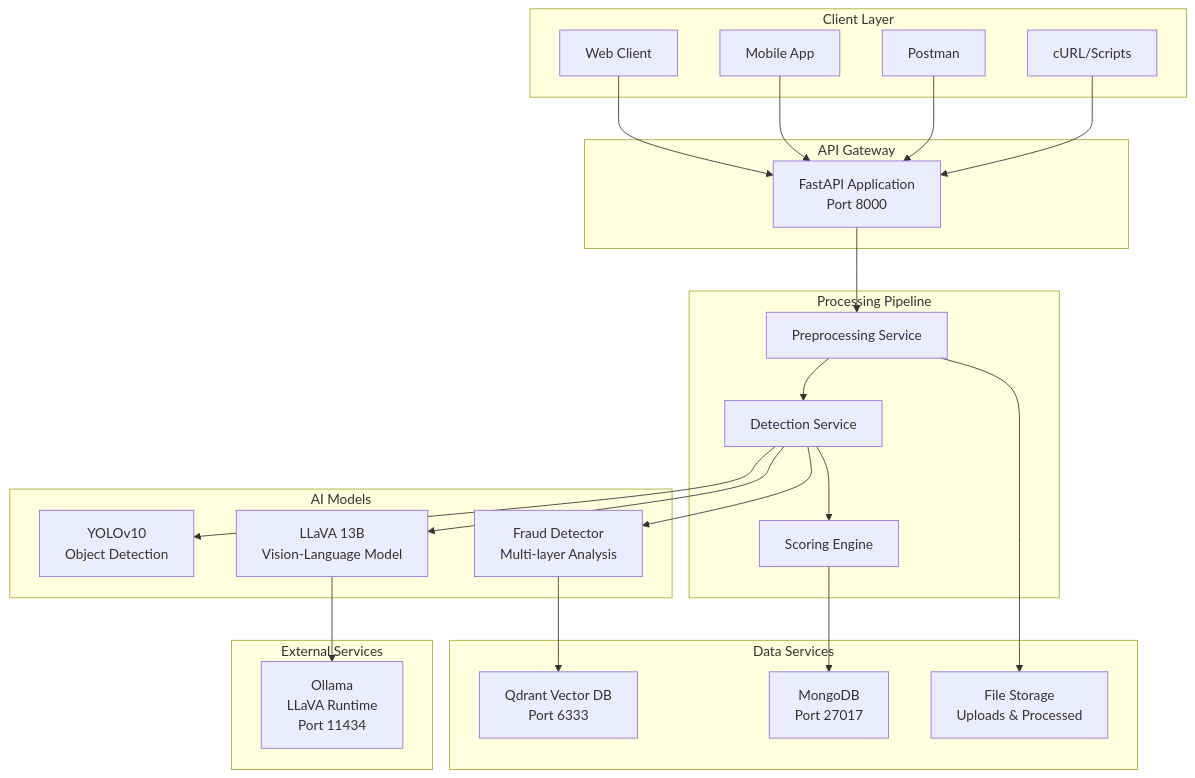
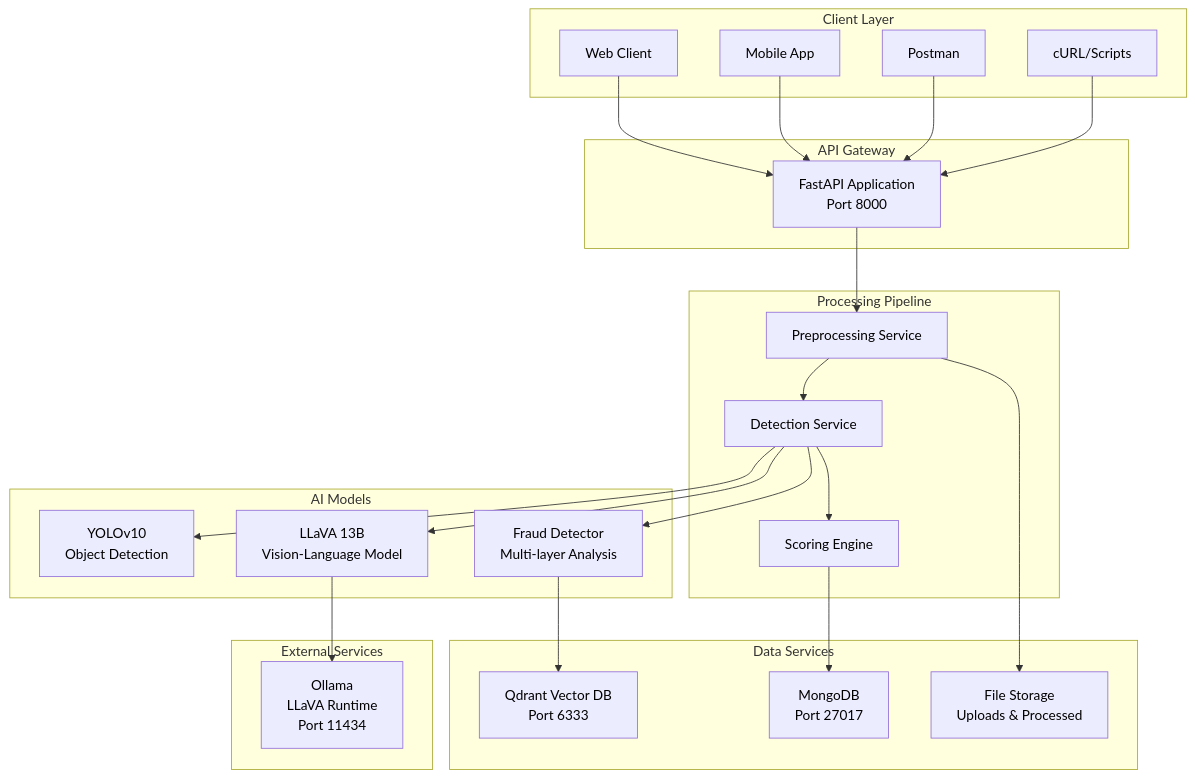
Before and after one commit to Kamraanmulani/insurance-claim-validator: the first of 2 diagrams in README.md, drawn with Mermaid.

Commit message:
Architecture Diagram Updates in README.md

````diff
--- a/README.md
+++ b/README.md
@@ -77,53 +77,69 @@
 ```mermaid
 graph TB
     subgraph "Client Layer"
         A1[Web Client]
         A2[Mobile App]
         A3[Postman]
         A4[cURL/Scripts]
     end
 
     subgraph "API Gateway"
         B[FastAPI Application<br/>Port 8000]
     end
 
     subgraph "Processing Pipeline"
         C[Preprocessing Service]
         D[Detection Service]
         E[Scoring Engine]
     end
 
     subgraph "AI Models"
         F1[YOLOv10<br/>Object Detection]
         F2[LLaVA 13B<br/>Vision-Language Model]
         F3[Fraud Detector<br/>Multi-layer Analysis]
     end
 
     subgraph "Data Services"
         G1[Qdrant Vector DB<br/>Port 6333]
         G2[MongoDB<br/>Port 27017]
         G3[File Storage<br/>Uploads & Processed]
     end
 
     subgraph "External Services"
         H[Ollama<br/>LLaVA Runtime<br/>Port 11434]
     end
 
     A1 --> B
     A2 --> B
     A3 --> B
     A4 --> B
 
     B --> C
     C --> D
     D --> E
 
     D --> F1
     D --> F2
     D --> F3
 
     F2 --> H
     F3 --> G1
     E --> G2
     C --> G3
+
+    style A1 color:#000
+    style A2 color:#000
+    style A3 color:#000
+    style A4 color:#000
+    style B color:#000
+    style C color:#000
+    style D color:#000
+    style E color:#000
+    style F1 color:#000
+    style F2 color:#000
+    style F3 color:#000
+    style G1 color:#000
+    style G2 color:#000
+    style G3 color:#000
+    style H color:#000
 ```
````
